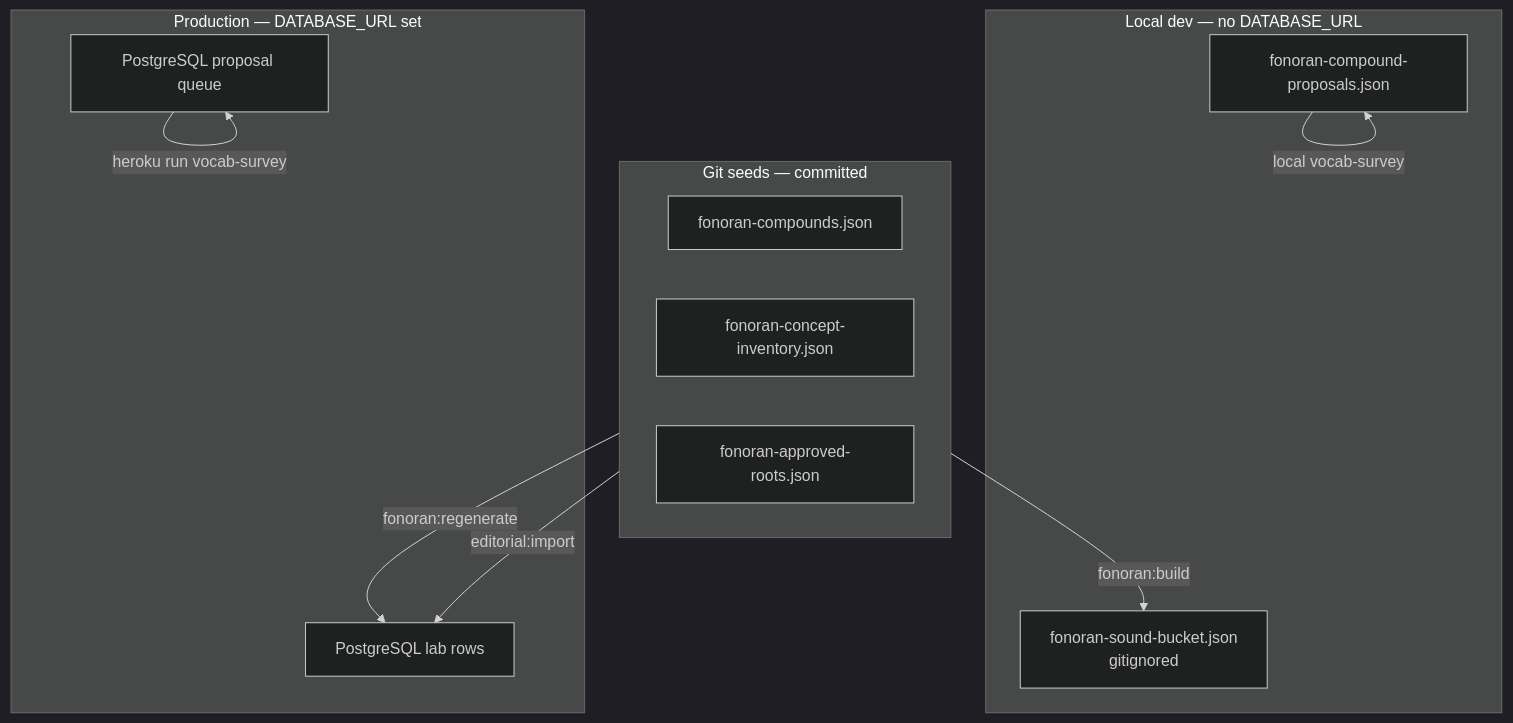
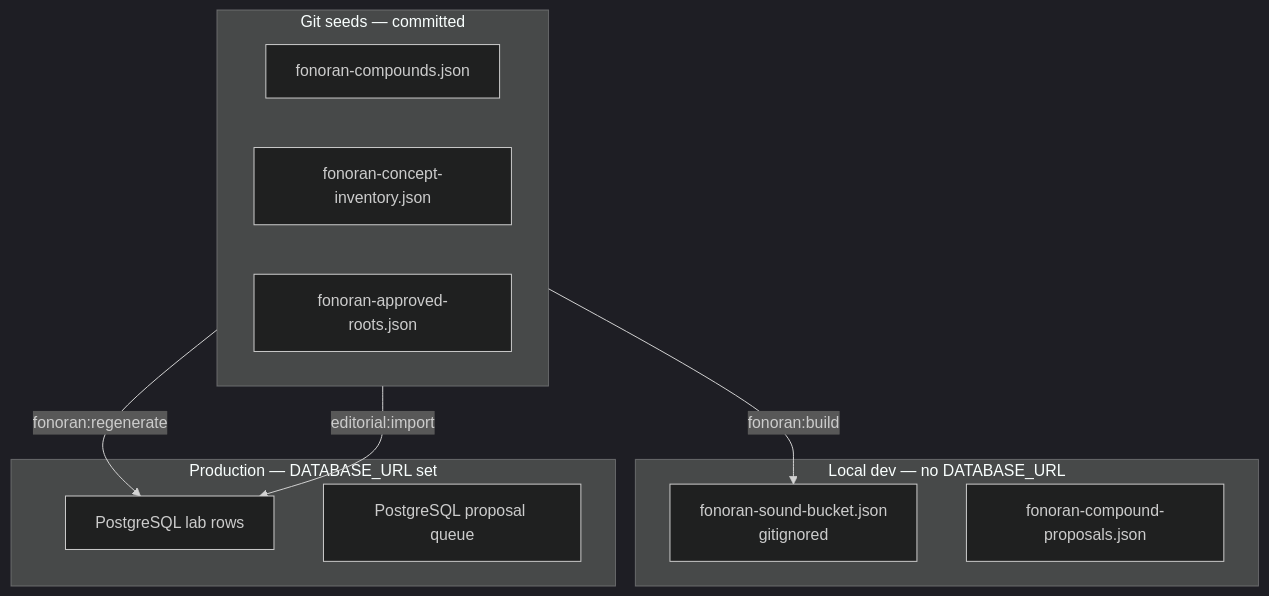
Before and after one commit to Fonora/fonora: the second of 3 diagrams in docs/fonoran-compound-workflow.md, drawn with Mermaid (dark theme). The commit also changed other lines of this file and 180 other files, not shown here.

````diff
--- a/docs/fonoran-compound-workflow.md
+++ b/docs/fonoran-compound-workflow.md
@@ -32,21 +32,19 @@
 ```mermaid
 flowchart TB
   subgraph git [Git seeds — committed]
     Compounds["fonoran-compounds.json"]
     Inventory["fonoran-concept-inventory.json"]
     Roots["fonoran-approved-roots.json"]
   end
   subgraph local [Local dev — no DATABASE_URL]
     JSONLab["fonoran-sound-bucket.json\ngitignored"]
     JSONProp["fonoran-compound-proposals.json"]
   end
   subgraph prod [Production — DATABASE_URL set]
     PGLab["PostgreSQL lab rows"]
     PGProp["PostgreSQL proposal queue"]
   end
   git -->|"fonoran:build"| JSONLab
   git -->|"fonoran:regenerate"| PGLab
   git -->|"editorial:import"| PGLab
-  JSONProp -->|"local vocab-survey"| JSONProp
-  PGProp -->|"heroku run vocab-survey"| PGProp
 ```
````
